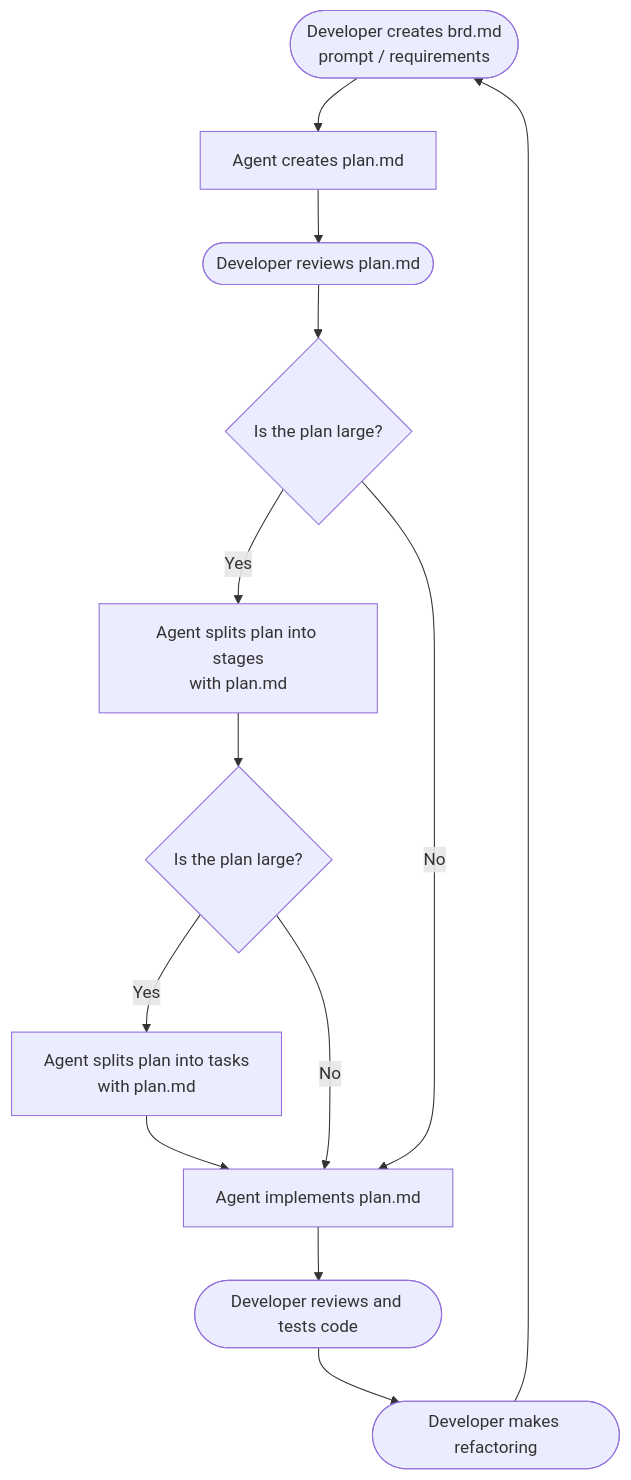
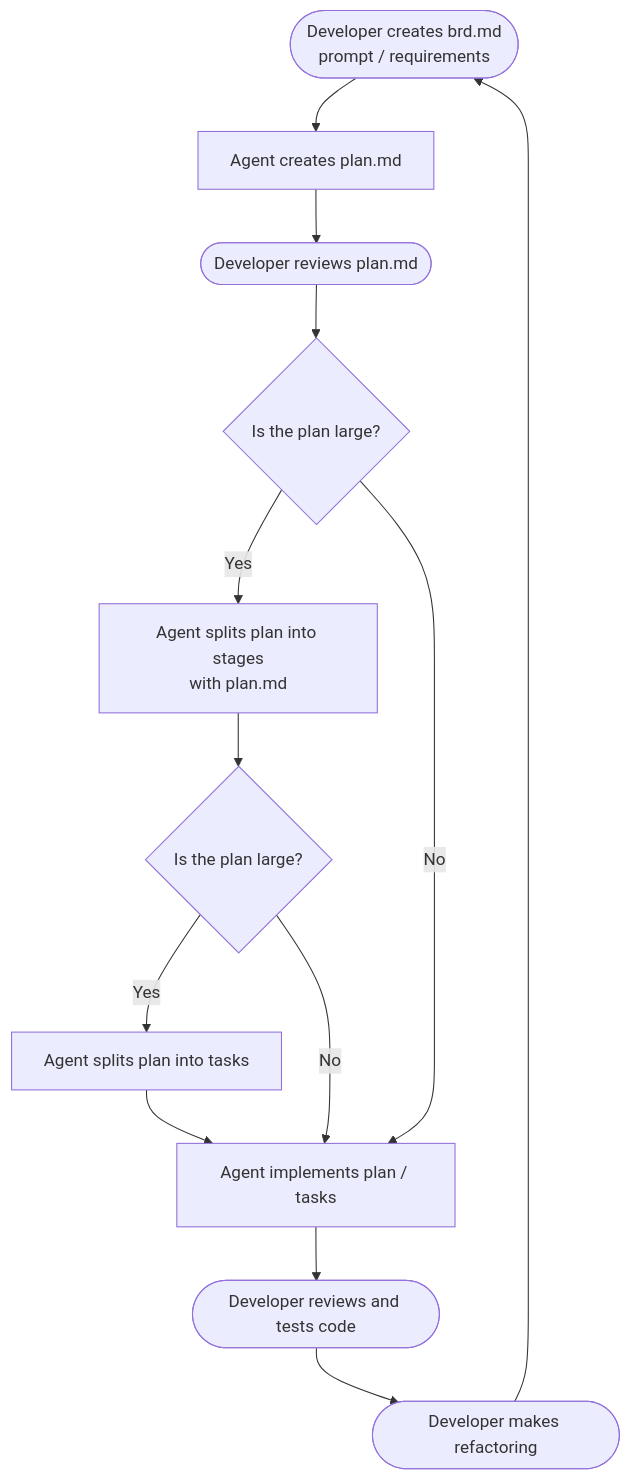
The first of 2 diagrams in design/presentaion.md (iJustHelp/dev-context-mcp-server), drawn with Mermaid before and after one commit. The commit also changed other lines of this file, not shown here.

````diff
--- a/design/presentaion.md
+++ b/design/presentaion.md
@@ -22,15 +26,15 @@
 ```mermaid
 flowchart TD
     BRD([Developer creates brd.md<br/>prompt / requirements]) --> Plan[Agent creates plan.md]
     Plan --> ReviewPlan([Developer reviews plan.md])
     ReviewPlan --> IsBigPlan{Is the plan large?}
     IsBigPlan -- Yes --> SplitStages[Agent splits plan into stages<br>with plan.md]
     SplitStages --> IsStageBig{Is the plan large?}
-    IsStageBig -- Yes --> SplitTasks[Agent splits plan into tasks<br>with plan.md]
-    SplitTasks -->  ImplementPlan[Agent implements plan.md]
+    IsStageBig -- Yes --> SplitTasks[Agent splits plan into tasks]
+    SplitTasks -->  ImplementPlan[Agent implements plan / tasks]
     IsBigPlan -- No --> ImplementPlan
     IsStageBig -- No --> ImplementPlan
     ImplementPlan --> DevReview([Developer reviews and tests code])
     DevReview --> Refactoring([Developer makes refactoring])
     Refactoring --> BRD
 ```    
````
